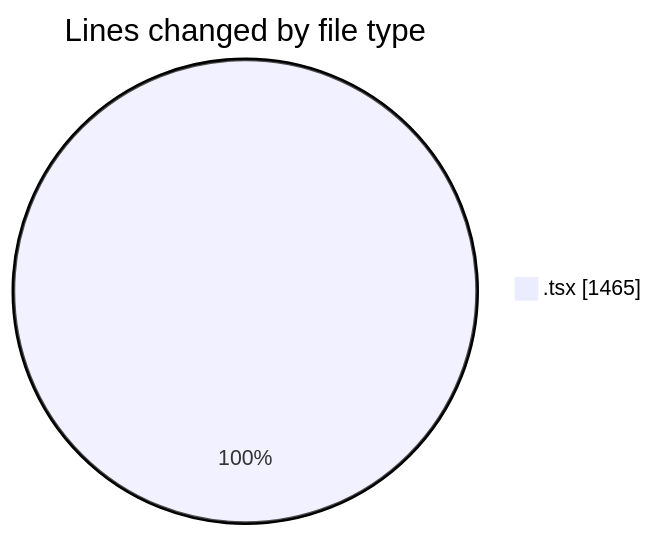
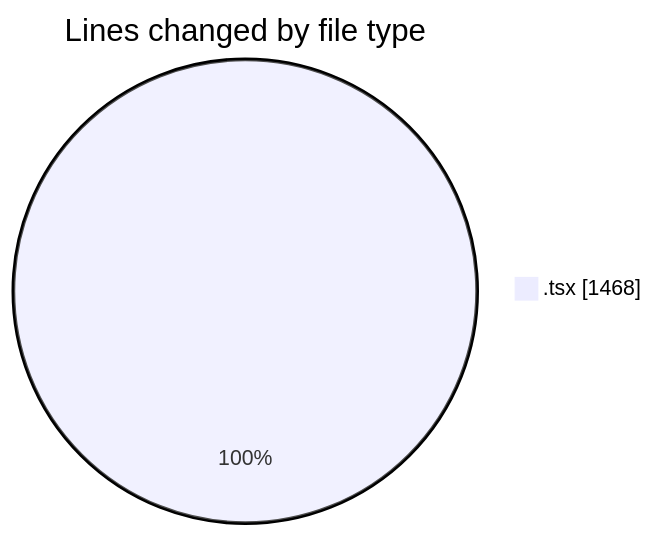
One commit to momahboobian/code-tracking changed the first of 2 diagrams in 2025-02-12/cda/README.md. Above: the diagram before and after it, drawn with Mermaid. The commit also changed other lines of this file and 1 other file, not shown here.

````diff
--- a/2025-02-12/cda/README.md
+++ b/2025-02-12/cda/README.md
@@ -21,5 +21,5 @@
 ```mermaid
 pie showData
 title Lines changed by file type
-".tsx" : 1465
+".tsx" : 1468
 ```
````
